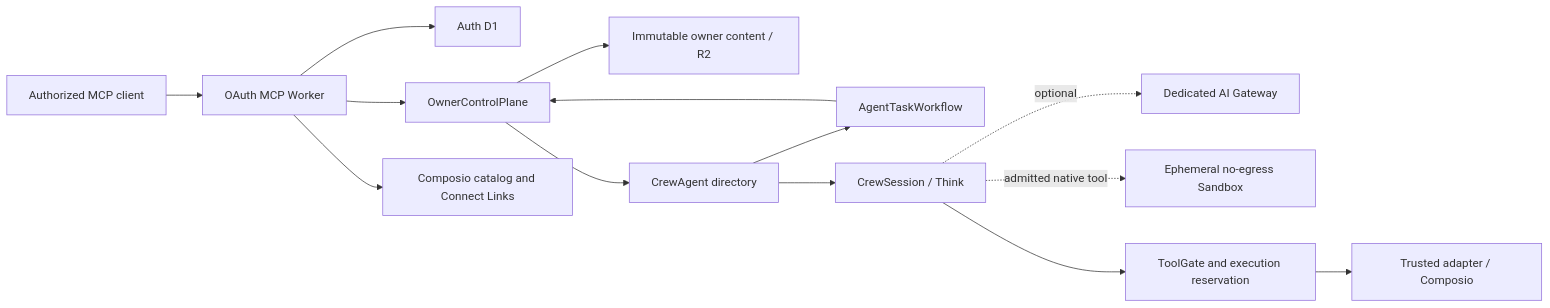
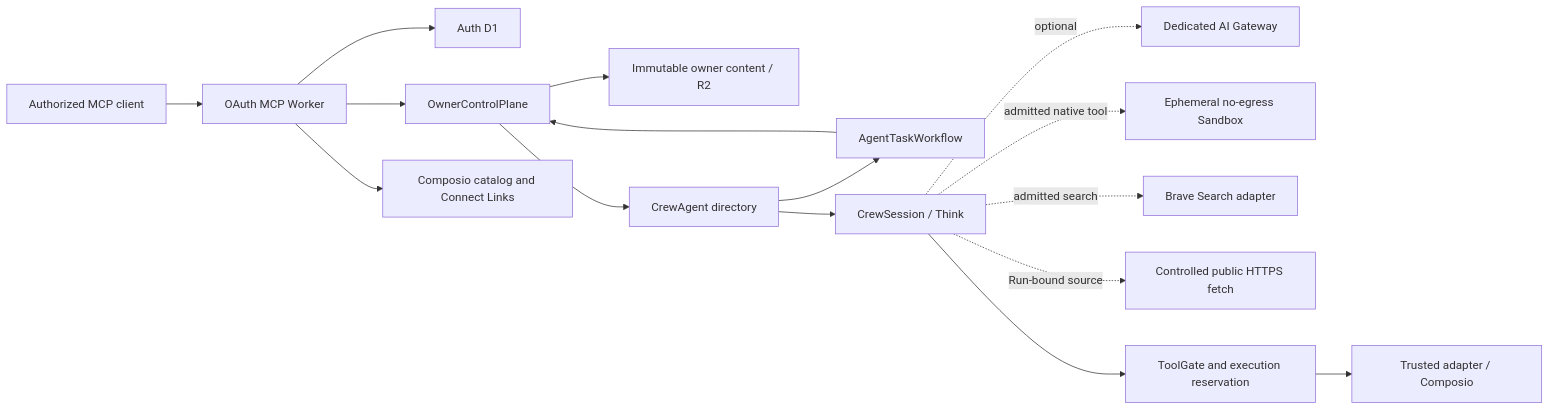
Before and after one commit to fkrein1/crewhelm: the diagram in docs/architecture/system.md, drawn with Mermaid. The commit also changed other lines of this file and 32 other files, not shown here.

First line of the commit message:
feat: add native Agent search and fetch

````diff
--- a/docs/architecture/system.md
+++ b/docs/architecture/system.md
@@ -11,16 +11,18 @@
 ```mermaid
 flowchart LR
     MCP["Authorized MCP client"] --> Worker["OAuth MCP Worker"]
     Worker --> Auth["Auth D1"]
     Worker --> Owner["OwnerControlPlane"]
     Owner --> Content["Immutable owner content / R2"]
     Owner --> Agent["CrewAgent directory"]
     Agent --> Workflow["AgentTaskWorkflow"]
     Workflow --> Owner
     Agent --> Session["CrewSession / Think"]
     Session -. optional .-> Gateway["Dedicated AI Gateway"]
     Session -. admitted native tool .-> Sandbox["Ephemeral no-egress Sandbox"]
+    Session -. admitted search .-> Search["Brave Search adapter"]
+    Session -. Run-bound source .-> Web["Controlled public HTTPS fetch"]
     Worker --> Catalog["Composio catalog and Connect Links"]
     Session --> Gate["ToolGate and execution reservation"]
     Gate --> Composio["Trusted adapter / Composio"]
 ```
````
